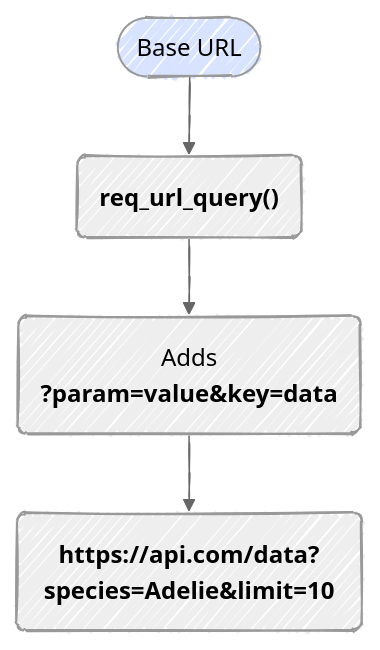
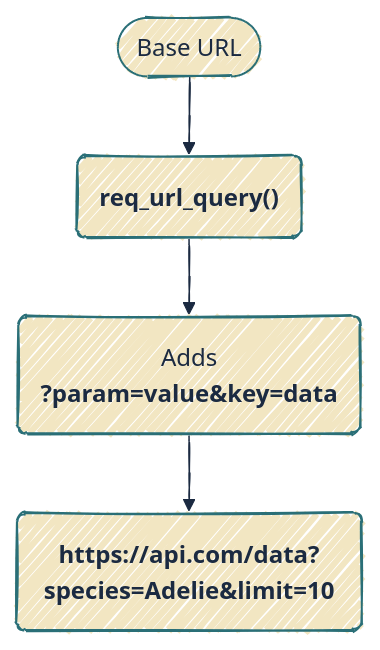
One commit to mjfrigaard/do4ds-labs changed the second of 4 diagrams in httr2.qmd. Above: the diagram before and after it, drawn with Mermaid. The commit also changed other lines of this file and 88 other files, not shown here.

````diff
--- a/httr2.qmd
+++ b/httr2.qmd
@@ -75,12 +74,11 @@
 ```{mermaid}
 %%| fig-width: 6.5
 %%| fig-align: center
-%%{init: {'theme': 'neutral', 'look': 'handDrawn', 'themeVariables': { 'fontFamily': 'monospace'}}}%%
+%%{init: {'theme': 'base', 'look': 'handDrawn', 'themeVariables': { 'fontFamily': 'monospace', 'primaryColor': '#F2E6C2', 'primaryBorderColor': '#2A6F77', 'primaryTextColor': '#1B2A41', 'secondaryColor': '#d4e7e4', 'tertiaryColor': '#f5f0e4', 'lineColor': '#1B2A41', 'edgeLabelBackground': '#F2E6C2'}}}%%
 
 graph TD
 	A(["Base URL"]) --> B("<strong>req_url_query()</strong>")
 	B --> C("Adds<br><strong>?param=value&key=data</strong>")
 	C --> D("<strong>https://</strong><strong>api.com/data?species=Adelie&limit=10</strong>")
 
-style A fill:#d8e4ff
 ```
````
